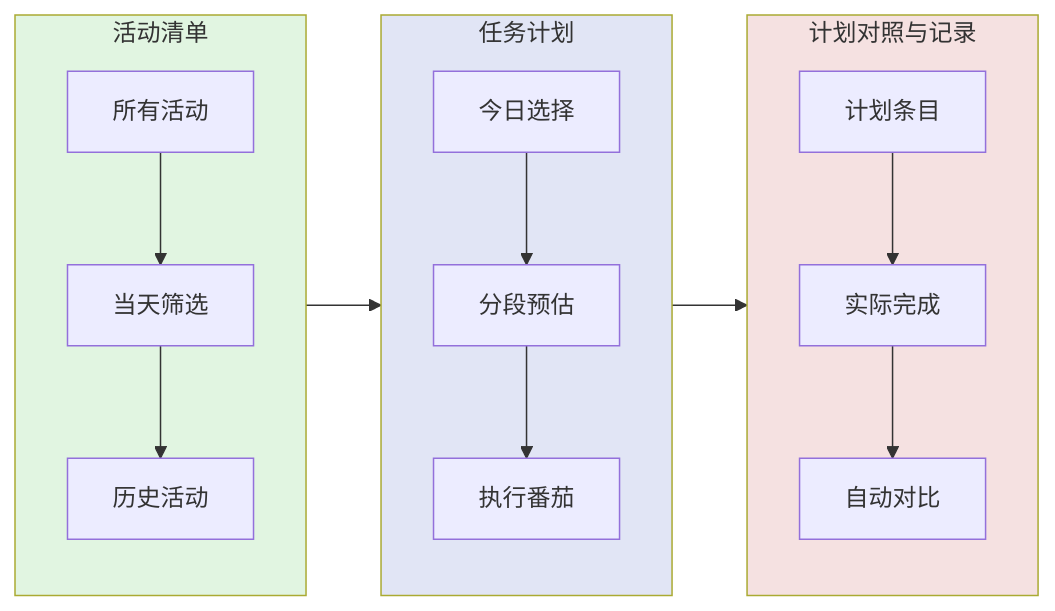
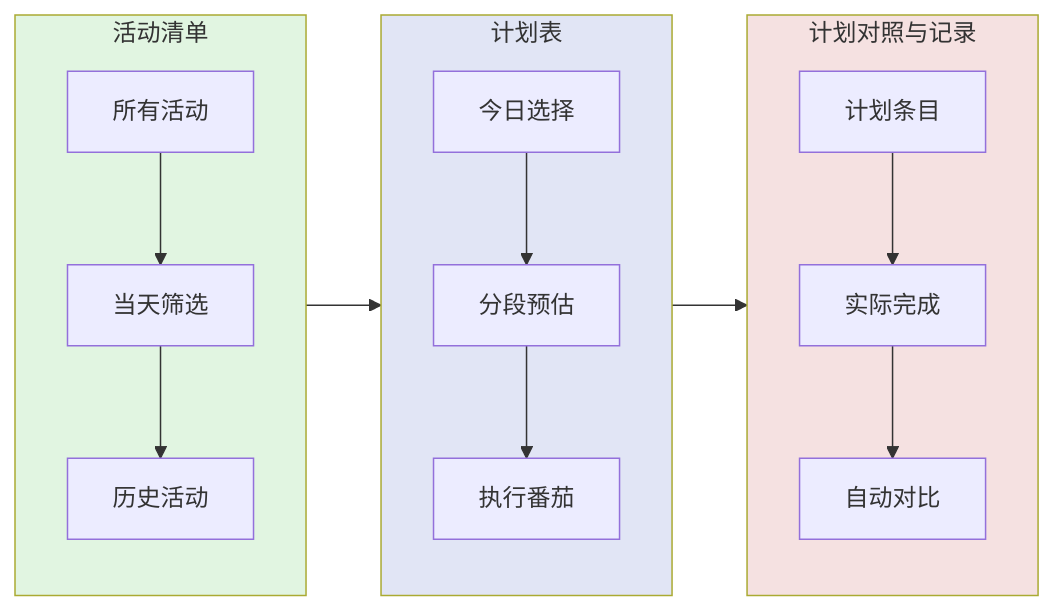
The diagram in docs/guide/pomodoro-technique/06-three-lists.md (Xeonilian/pomotention), drawn with Mermaid before and after one commit. The commit also changed other lines of this file and 63 other files, not shown here.

````diff
--- a/docs/guide/pomodoro-technique/06-three-lists.md
+++ b/docs/guide/pomodoro-technique/06-three-lists.md
@@ -33,23 +33,23 @@
 ```mermaid
 flowchart LR
     subgraph 活动清单区[活动清单]
         A[所有活动] --> B[当天筛选]
         B --> C[历史活动]
     end
 
-    subgraph 任务计划区[任务计划]
+    subgraph 计划表区[计划表]
         D[今日选择] --> E[分段预估]
         E --> F[执行番茄]
     end
 
     subgraph 记录与对照[计划对照与记录]
         G[计划条目] --> H[实际完成]
         H --> I[自动对比]
     end
 
-    活动清单区 --> 任务计划区 --> 记录与对照
+    活动清单区 --> 计划表区 --> 记录与对照
 
     style 活动清单区 fill:#e1f5e1
-    style 任务计划区 fill:#e1e5f5
+    style 计划表区 fill:#e1e5f5
     style 记录与对照 fill:#f5e1e1
 ```
````
